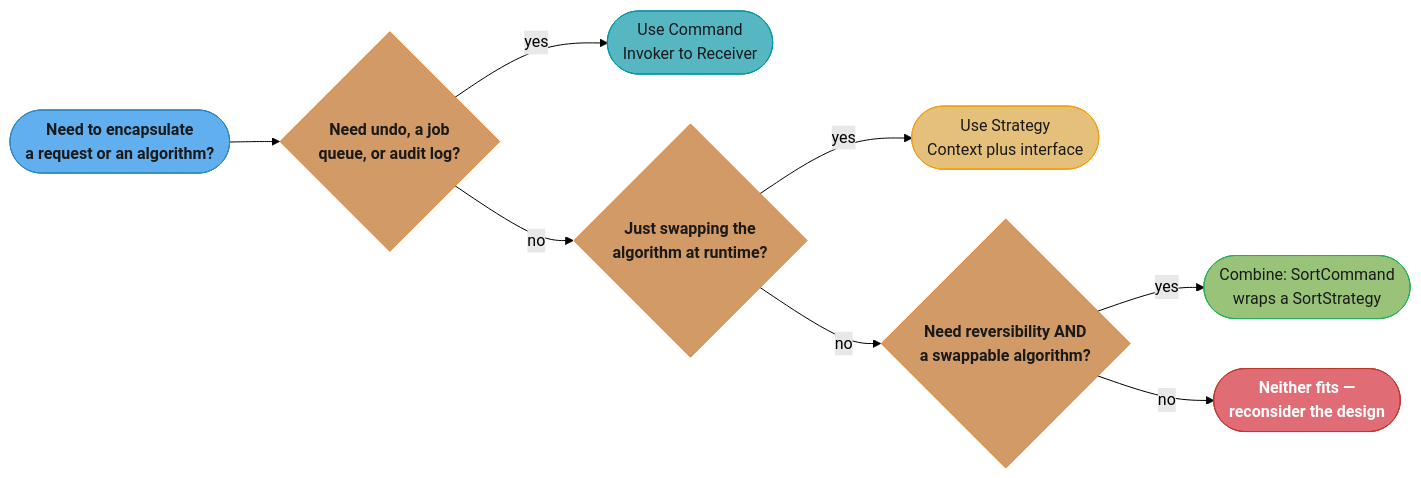
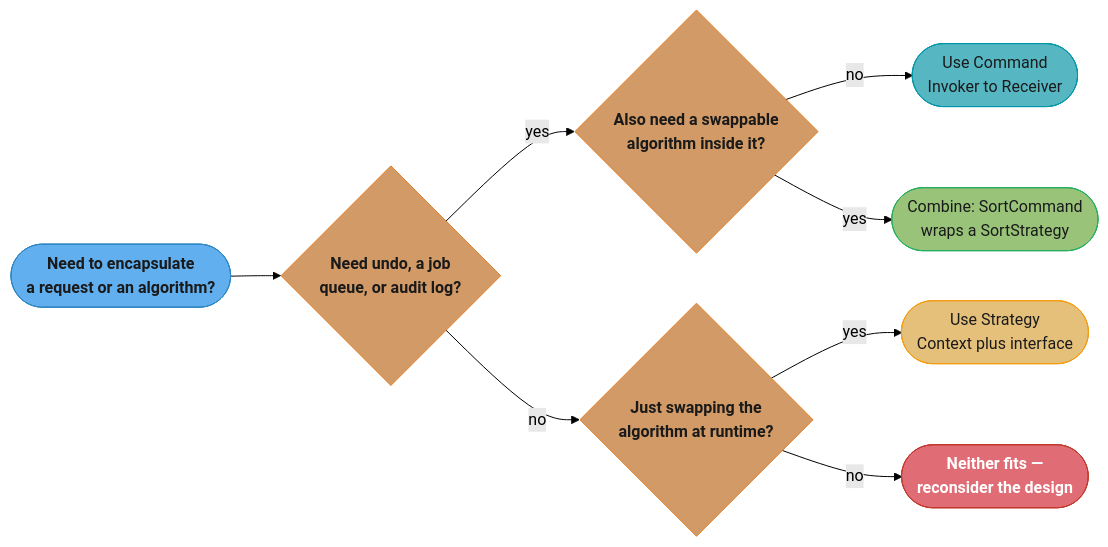
One commit to rppol/system-design changed the third of 4 diagrams in src/main/java/com/rutik/systemdesign/lld/pattern_comparisons/Command_vs_Strategy.md. Above: the diagram before and after it, drawn with Mermaid (forest theme). The commit also changed 10 other files, not shown here.

````diff
--- a/src/main/java/com/rutik/systemdesign/lld/pattern_comparisons/Command_vs_Strategy.md
+++ b/src/main/java/com/rutik/systemdesign/lld/pattern_comparisons/Command_vs_Strategy.md
@@ -318,25 +318,25 @@
 ```mermaid
 flowchart LR
     classDef io      fill:#61afef,stroke:#2e86c1,color:#1a1a1a,font-weight:bold
     classDef frozen  fill:#c678dd,stroke:#9b59b6,color:#fff
     classDef train   fill:#98c379,stroke:#27ae60,color:#1a1a1a
     classDef mathOp  fill:#d19a66,stroke:#e67e22,color:#1a1a1a,font-weight:bold
     classDef lossN   fill:#e06c75,stroke:#c0392b,color:#fff,font-weight:bold
     classDef req     fill:#56b6c2,stroke:#0097a7,color:#1a1a1a
     classDef base    fill:#e5c07b,stroke:#f39c12,color:#1a1a1a
 
     Start(["Need to encapsulate<br/>a request or an algorithm?"]) --> Q1{"Need undo, a job<br/>queue, or audit log?"}
-    Q1 -- yes --> Cmd(["Use Command<br/>Invoker to Receiver"])
+    Q1 -- yes --> Q3{"Also need a swappable<br/>algorithm inside it?"}
+    Q3 -- no --> Cmd(["Use Command<br/>Invoker to Receiver"])
+    Q3 -- yes --> Combo(["Combine: SortCommand<br/>wraps a SortStrategy"])
     Q1 -- no --> Q2{"Just swapping the<br/>algorithm at runtime?"}
     Q2 -- yes --> Strat(["Use Strategy<br/>Context plus interface"])
-    Q2 -- no --> Q3{"Need reversibility AND<br/>a swappable algorithm?"}
-    Q3 -- yes --> Combo(["Combine: SortCommand<br/>wraps a SortStrategy"])
-    Q3 -- no --> Other(["Neither fits —<br/>reconsider the design"])
+    Q2 -- no --> Other(["Neither fits —<br/>reconsider the design"])
 
     class Start io
     class Q1,Q2,Q3 mathOp
     class Cmd req
     class Strat base
     class Combo train
     class Other lossN
 ```
````
